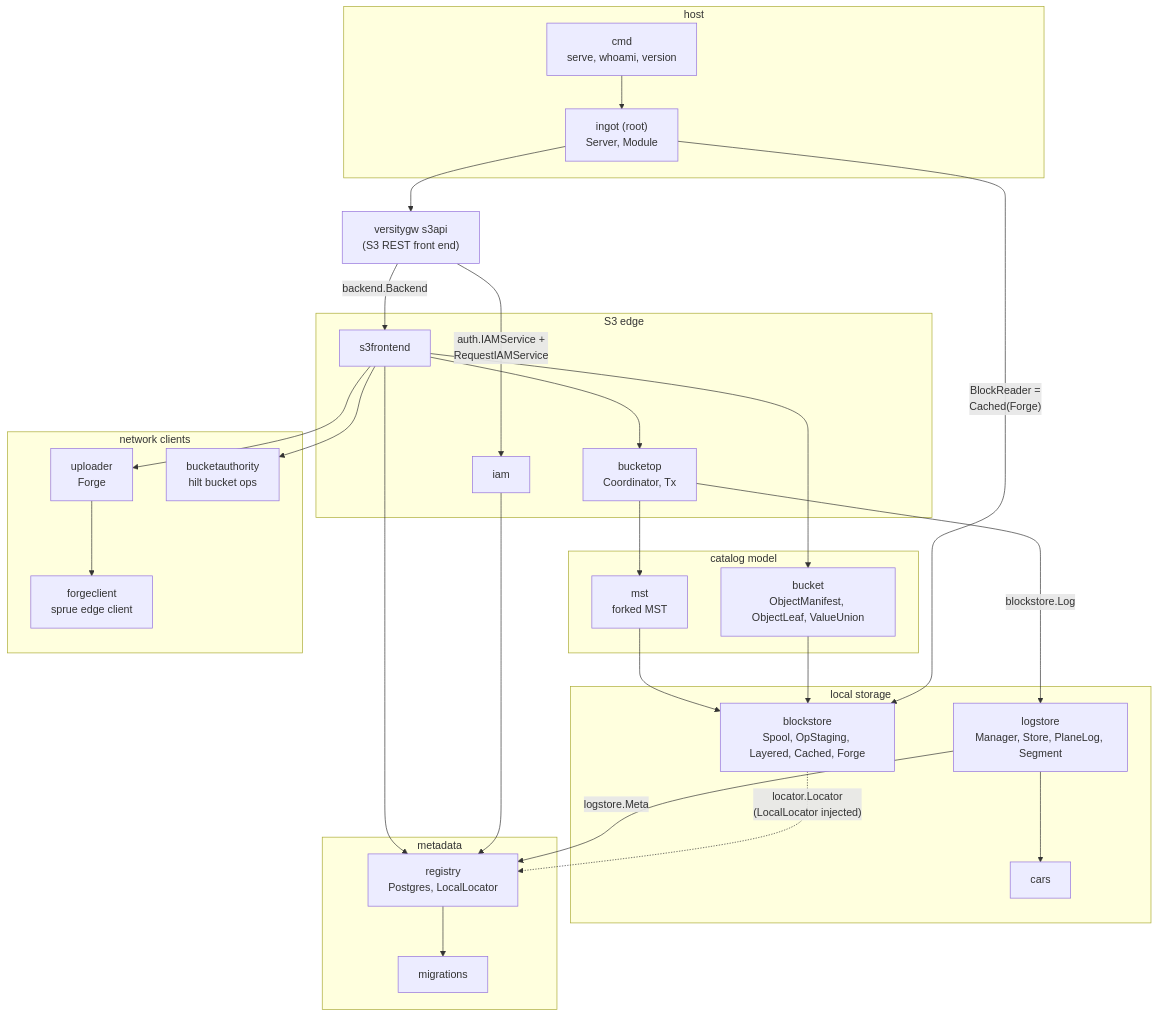
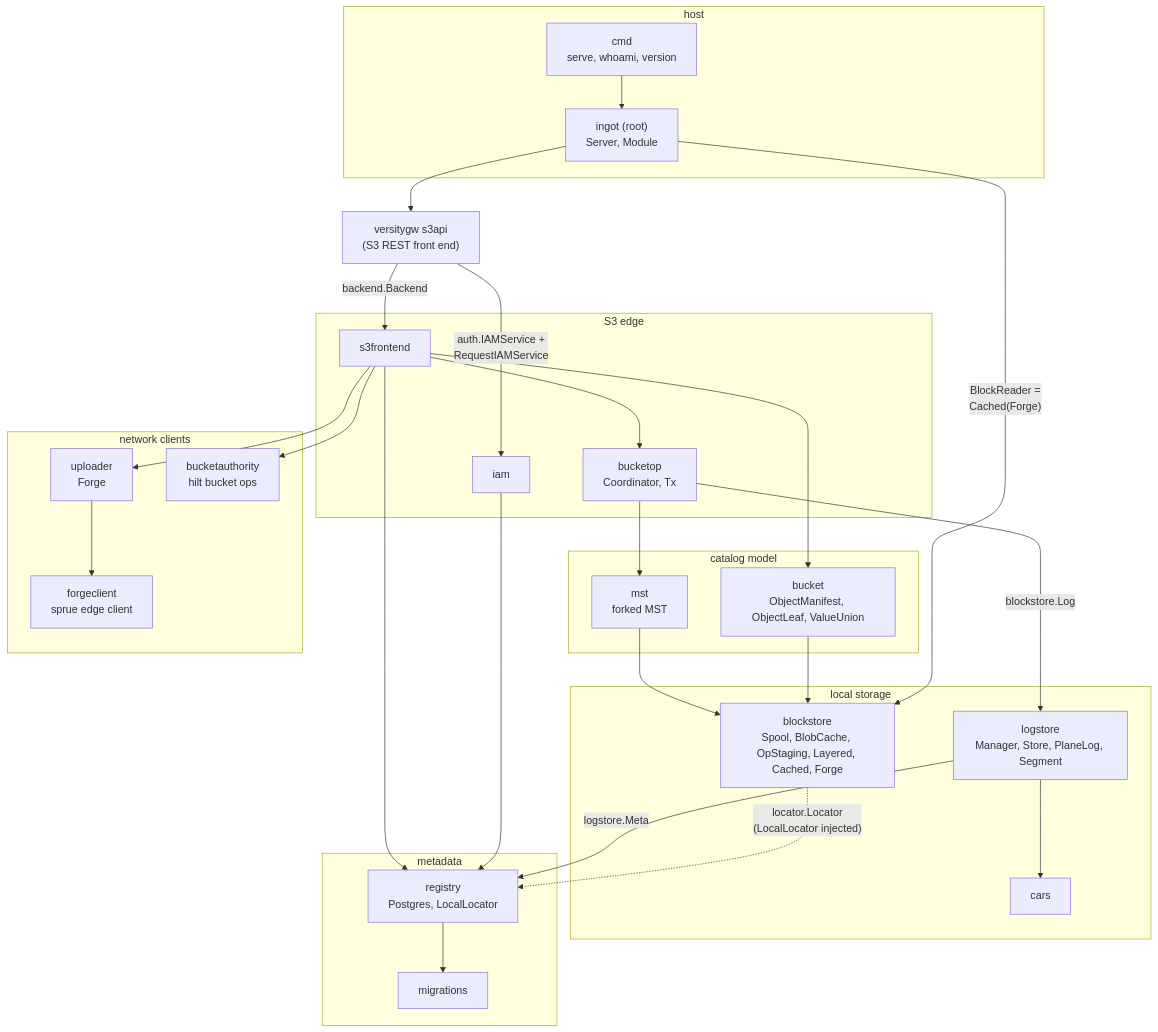
Before and after one commit to fil-forge/ingot: the second of 14 diagrams in docs/diagrams.md, drawn with Mermaid. The commit also changed other lines of this file and 45 other files, not shown here.

First line of the commit message:
Split local blob storage into a spool and a cache, and evict to a byte budget (#218)

````diff
--- a/docs/diagrams.md
+++ b/docs/diagrams.md
@@ -92,58 +92,58 @@
 ```mermaid
 flowchart TB
     vgw["versitygw s3api<br/>(S3 REST front end)"]
 
     subgraph edge["S3 edge"]
         s3f["s3frontend"]
         iam["iam"]
         bop["bucketop<br/>Coordinator, Tx"]
     end
 
     subgraph model["catalog model"]
         bkt["bucket<br/>ObjectManifest, ObjectLeaf, ValueUnion"]
         mst["mst<br/>forked MST"]
     end
 
     subgraph store["local storage"]
-        bs["blockstore<br/>Spool, OpStaging, Layered, Cached, Forge"]
+        bs["blockstore<br/>Spool, BlobCache, OpStaging, Layered, Cached, Forge"]
         ls["logstore<br/>Manager, Store, PlaneLog, Segment"]
         cars["cars"]
     end
 
     subgraph meta["metadata"]
         reg["registry<br/>Postgres, LocalLocator"]
         mig["migrations"]
     end
 
     subgraph net["network clients"]
         up["uploader<br/>Forge"]
         fc["forgeclient<br/>sprue edge client"]
         ba["bucketauthority<br/>hilt bucket ops"]
     end
 
     subgraph host["host"]
         root["ingot (root)<br/>Server, Module"]
         cmd["cmd<br/>serve, whoami, version"]
     end
 
     vgw -->|"backend.Backend"| s3f
     vgw -->|"auth.IAMService +<br/>RequestIAMService"| iam
     s3f --> bop
     s3f --> bkt
     s3f --> reg
     s3f --> up
     s3f --> ba
     bop -->|"blockstore.Log"| ls
     bop --> mst
     mst --> bs
     bkt --> bs
     ls --> cars
     ls -->|"logstore.Meta"| reg
     bs -.->|"locator.Locator<br/>(LocalLocator injected)"| reg
     up --> fc
     iam --> reg
     reg --> mig
     cmd --> root
     root --> vgw
     root -->|"BlockReader =<br/>Cached(Forge)"| bs
 ```
````
